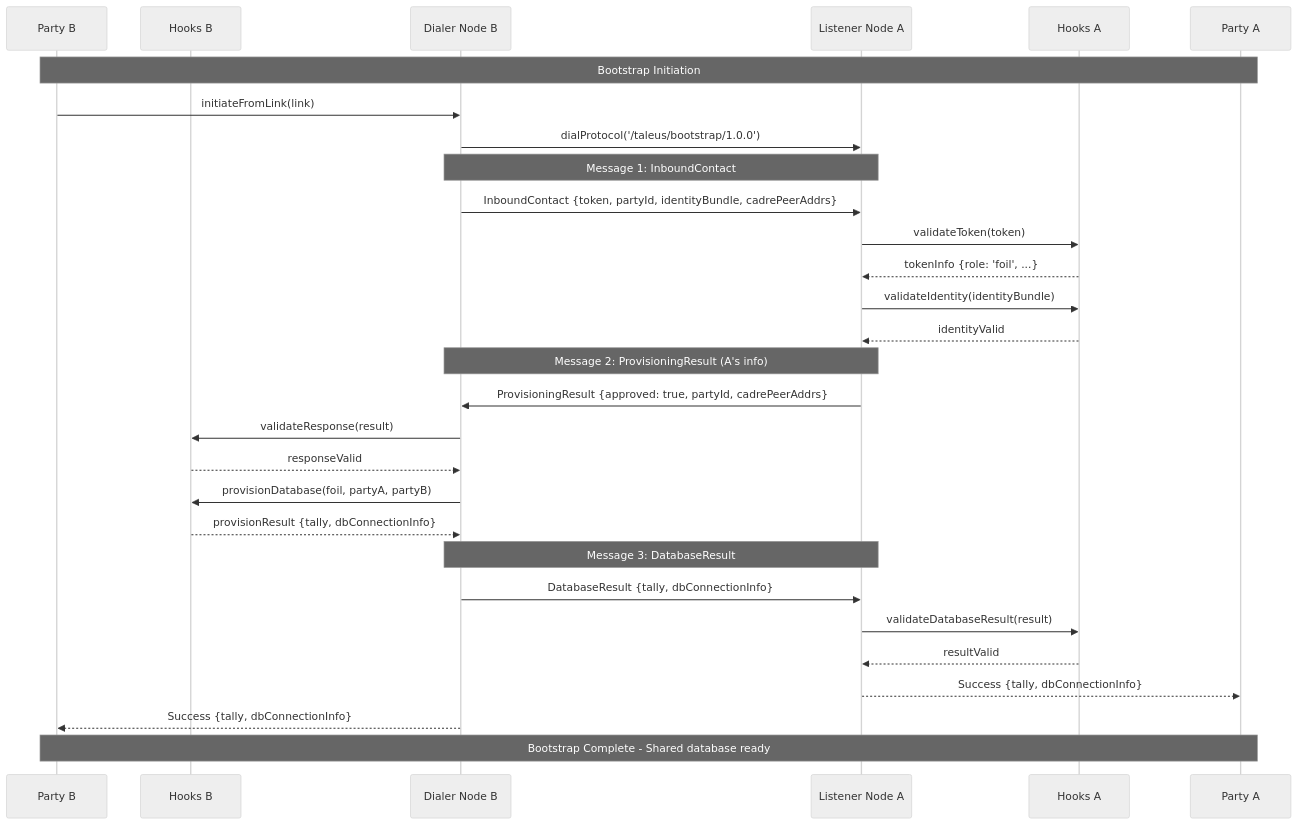
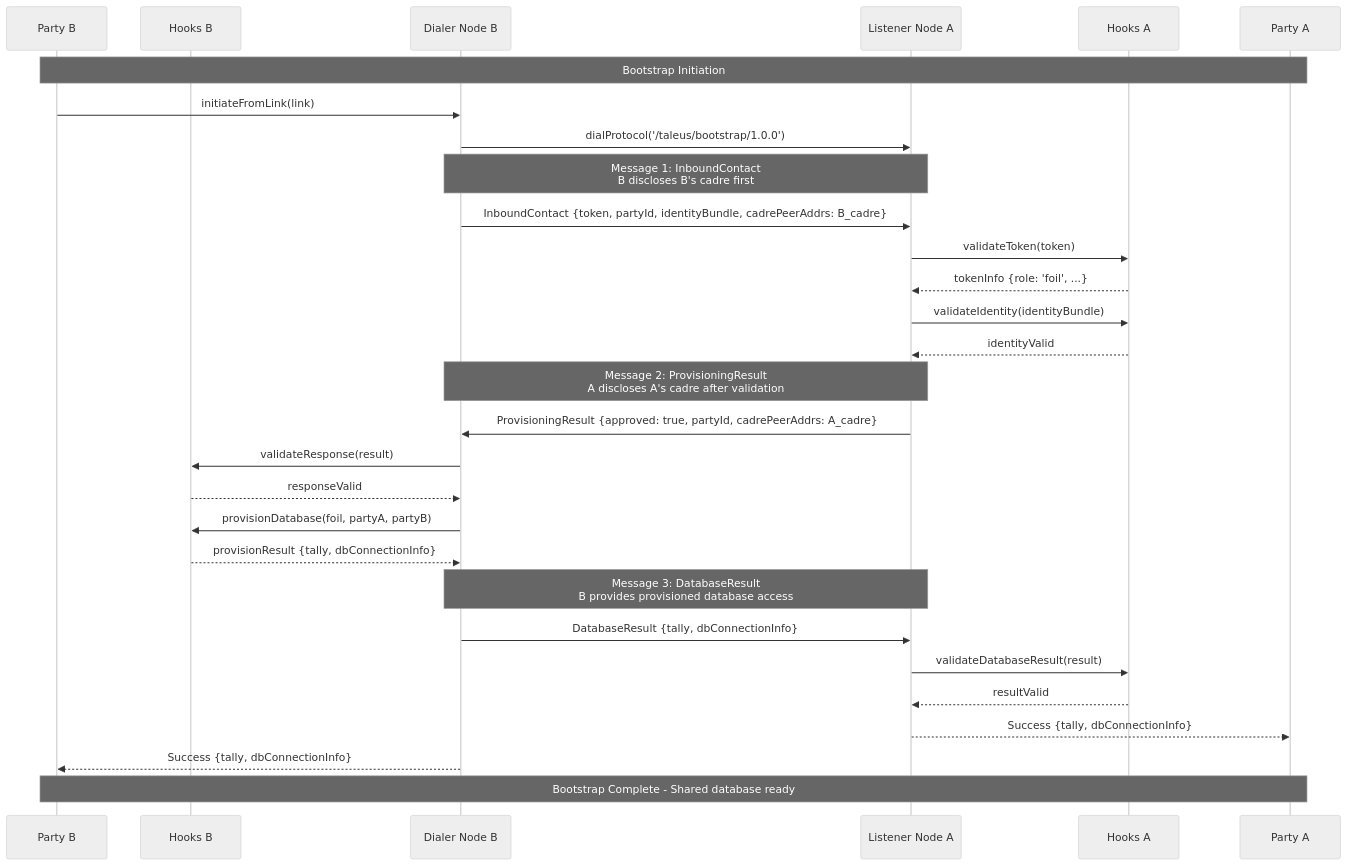
Before and after one commit to gotchoices/taleus: the fourth of 5 diagrams in doc/bootstrap.md, drawn with Mermaid (neutral theme). The commit also changed other lines of this file and 3 other files, not shown here.

Commit message:
Clarify cadre revelation in diagrams

````diff
--- a/doc/bootstrap.md
+++ b/doc/bootstrap.md
@@ -129,40 +129,40 @@
 ```mermaid
 sequenceDiagram
     participant B as Party B
     participant HooksB as Hooks B
     participant NodeB as Dialer Node B
     participant NodeA as Listener Node A
     participant HooksA as Hooks A
     participant A as Party A
     
     Note over B,A: Bootstrap Initiation
     
     B->>NodeB: initiateFromLink(link)
     NodeB->>NodeA: dialProtocol('/taleus/bootstrap/1.0.0')
     
-    Note over NodeB,NodeA: Message 1: InboundContact
+    Note over NodeB,NodeA: Message 1: InboundContact<br/>B discloses B's cadre first
     
-    NodeB->>NodeA: InboundContact {token, partyId, identityBundle, cadrePeerAddrs}
+    NodeB->>NodeA: InboundContact {token, partyId, identityBundle, cadrePeerAddrs: B_cadre}
     NodeA->>HooksA: validateToken(token)
     HooksA-->>NodeA: tokenInfo {role: 'foil', ...}
     NodeA->>HooksA: validateIdentity(identityBundle)
     HooksA-->>NodeA: identityValid
     
-    Note over NodeB,NodeA: Message 2: ProvisioningResult (A's info)
+    Note over NodeB,NodeA: Message 2: ProvisioningResult<br/>A discloses A's cadre after validation
     
-    NodeA->>NodeB: ProvisioningResult {approved: true, partyId, cadrePeerAddrs}
+    NodeA->>NodeB: ProvisioningResult {approved: true, partyId, cadrePeerAddrs: A_cadre}
     NodeB->>HooksB: validateResponse(result)
     HooksB-->>NodeB: responseValid
     NodeB->>HooksB: provisionDatabase(foil, partyA, partyB)
     HooksB-->>NodeB: provisionResult {tally, dbConnectionInfo}
     
-    Note over NodeB,NodeA: Message 3: DatabaseResult
+    Note over NodeB,NodeA: Message 3: DatabaseResult<br/>B provides provisioned database access
     
     NodeB->>NodeA: DatabaseResult {tally, dbConnectionInfo}
     NodeA->>HooksA: validateDatabaseResult(result)
     HooksA-->>NodeA: resultValid
     NodeA-->>A: Success {tally, dbConnectionInfo}
     NodeB-->>B: Success {tally, dbConnectionInfo}
     
     Note over B,A: Bootstrap Complete - Shared database ready
 ```
````
